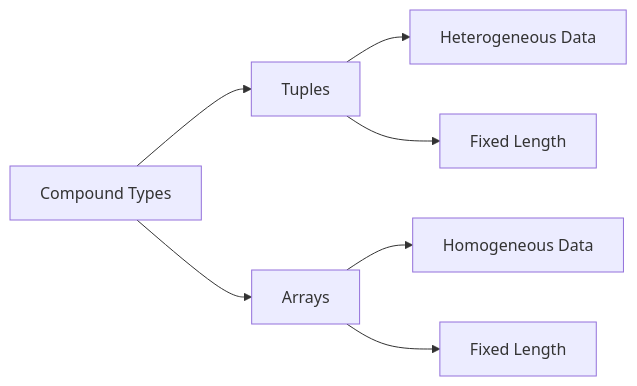
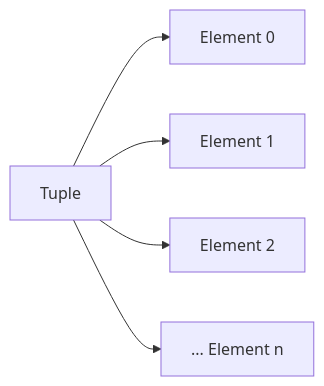
One commit to khieu-dv/vievlog changed the second of 3 diagrams in src/content/soft-skills/rust/bai-3.mdx. Above: the diagram before and after it, drawn with Mermaid. The commit also changed other lines of this file, not shown here.

````diff
--- a/src/content/soft-skills/rust/bai-3.mdx
+++ b/src/content/soft-skills/rust/bai-3.mdx
@@ -151,9 +139,7 @@
 ```mermaid
 graph LR
-    A[Compound Types] --> B[Tuples]
-    A --> C[Arrays]
-    B --> D[Heterogeneous Data]
-    B --> E[Fixed Length]
-    C --> F[Homogeneous Data]
-    C --> G[Fixed Length]
+    A[Tuple] --> B[Element 0]
+    A --> C[Element 1]
+    A --> D[Element 2]
+    A --> E[... Element n]
 ```
````
